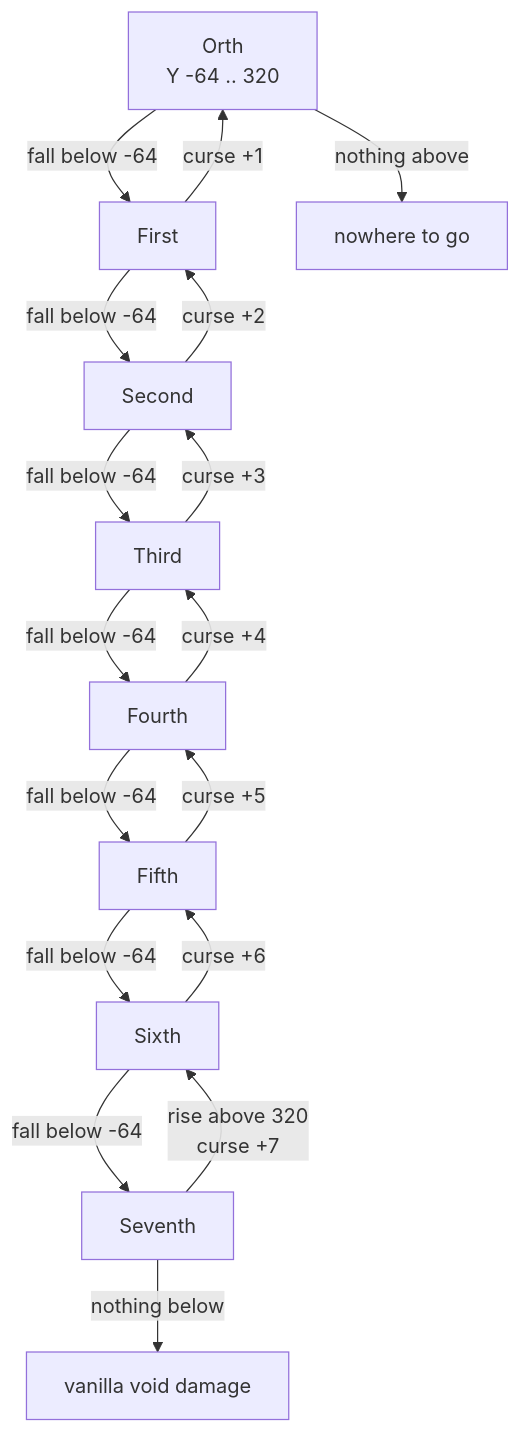
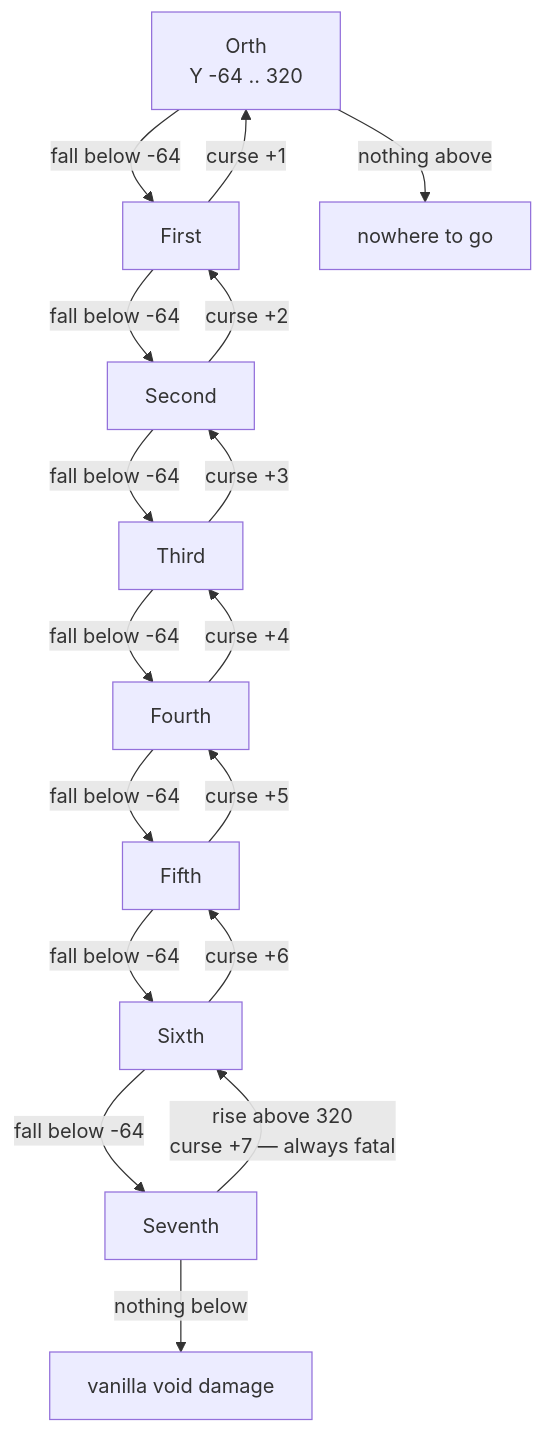
Before and after one commit to XodiumSoftware/mine-in-abyss: the first of 7 diagrams in ARCHITECTURE.md, drawn with Mermaid. The commit also changed other lines of this file and 2 other files, not shown here.

````diff
--- a/ARCHITECTURE.md
+++ b/ARCHITECTURE.md
@@ -32,20 +32,20 @@
 ```mermaid
 graph TD
     A["Orth<br/>Y -64 .. 320"] -->|"fall below -64"| A1["First"]
     A1 -->|"fall below -64"| B["Second"]
     B -->|"fall below -64"| C["Third"]
     C -->|"fall below -64"| D["Fourth"]
     D -->|"fall below -64"| E["Fifth"]
     E -->|"fall below -64"| F["Sixth"]
     F -->|"fall below -64"| G["Seventh"]
     G -->|"nothing below"| H["vanilla void damage"]
 
-    G -->|"rise above 320<br/>curse +7"| F
+    G -->|rise above 320<br/>curse +7 — always fatal| F
     F -->|"curse +6"| E
     E -->|"curse +5"| D
     D -->|"curse +4"| C
     C -->|"curse +3"| B
     B -->|"curse +2"| A1
     A1 -->|"curse +1"| A
-    A -->|"nothing above"| I["nowhere to go"]
+    A -->|nothing above| I["nowhere to go"]
 ```
````
